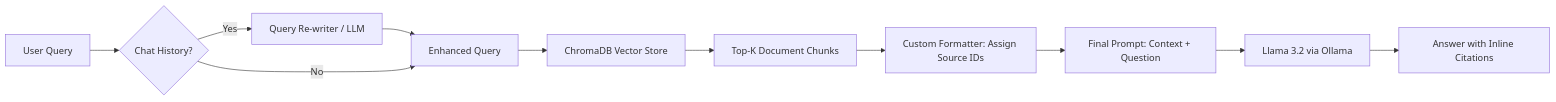
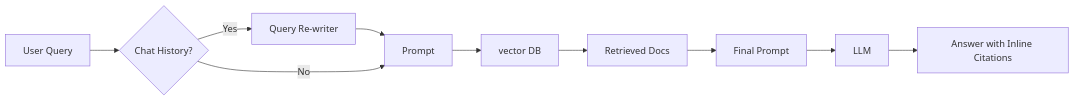
One commit to AditiSony/battery-research-data-assistant changed the diagram in README.md. Above: the diagram before and after it, drawn with Mermaid. The commit also changed other lines of this file, not shown here.

````diff
--- a/README.md
+++ b/README.md
@@ -8,13 +9,12 @@
 ```mermaid
 graph LR
     A[User Query] --> B{Chat History?}
-    B -- Yes --> C[Query Re-writer / LLM]
-    C --> D[Enhanced Query]
+    B -- Yes --> C[Query Re-writer]
+    C --> D[Prompt]
     B -- No --> D
-    D --> E[ChromaDB Vector Store]
-    E --> F[Top-K Document Chunks]
-    F --> G[Custom Formatter: Assign Source IDs]
-    G --> H[Final Prompt: Context + Question]
-    H --> I[Llama 3.2 via Ollama]
-    I --> J[Answer with Inline Citations]
+    D --> E[vector DB]
+    E --> F[Retrieved Docs]
+    F --> G[Final Prompt]
+    G --> H[LLM]
+    H --> I[Answer with Inline Citations]
   ```
````
